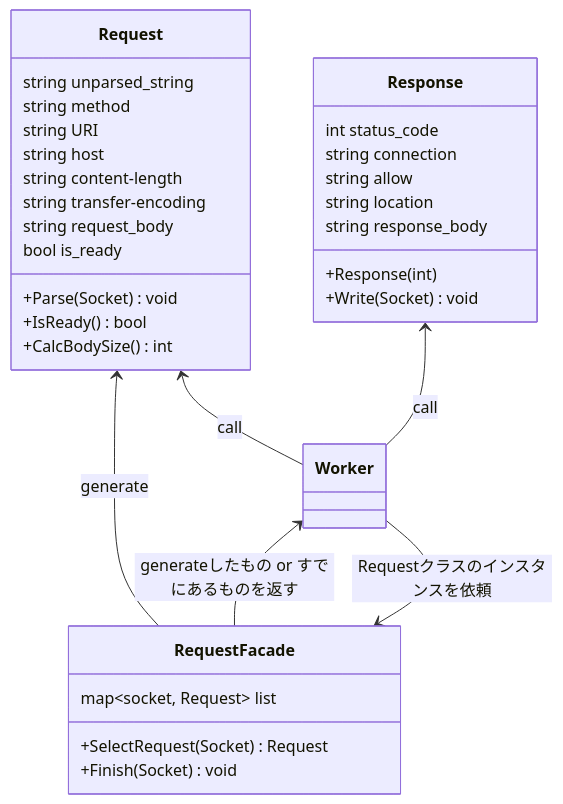
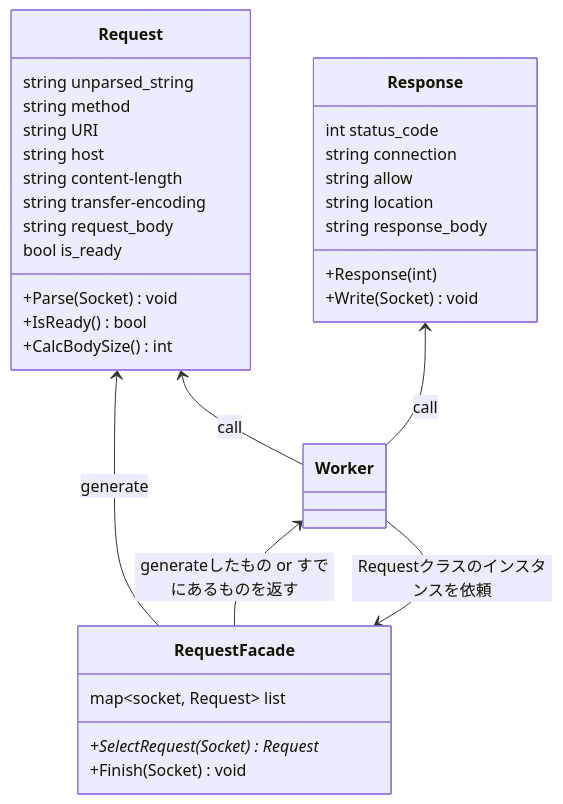
One commit to katataku/webserv changed the diagram in docs/class/http_class.md. Above: the diagram before and after it, drawn with Mermaid. The commit also changed 2 other files, not shown here.

Commit message:
fix: compileできるように

````diff
--- a/docs/class/http_class.md
+++ b/docs/class/http_class.md
@@ -1,45 +1,45 @@
 ```mermaid
 classDiagram
    class RequestFacade{
         map~socket, Request~ list
-        +SelectRequest(Socket) Request
+        +SelectRequest(Socket) Request*
         +Finish(Socket) void
     }
 
     %% TODO: CalcBodySize()の詳細を詰める && nginxのmax_body_sizeも確認 %%
     class Request{
         string unparsed_string
         string method
         string URI
         string host
         string content-length
         string transfer-encoding
         string request_body
         bool is_ready
         
         +Parse(Socket) void
         +IsReady() bool
         +CalcBodySize() int
     }
 
     class Response{
         int status_code
         string connection
         string allow
         string location
         string response_body
 
         +Response(int)
         +Write(Socket) void
     }
 
 
 Request <-- RequestFacade : generate
 
 Worker <-- RequestFacade : generateしたもの or すでにあるものを返す
 Worker --> RequestFacade : Requestクラスのインスタンスを依頼
 
 
 Request  <--  Worker :call
 Response  <--  Worker :call
 ```
````
